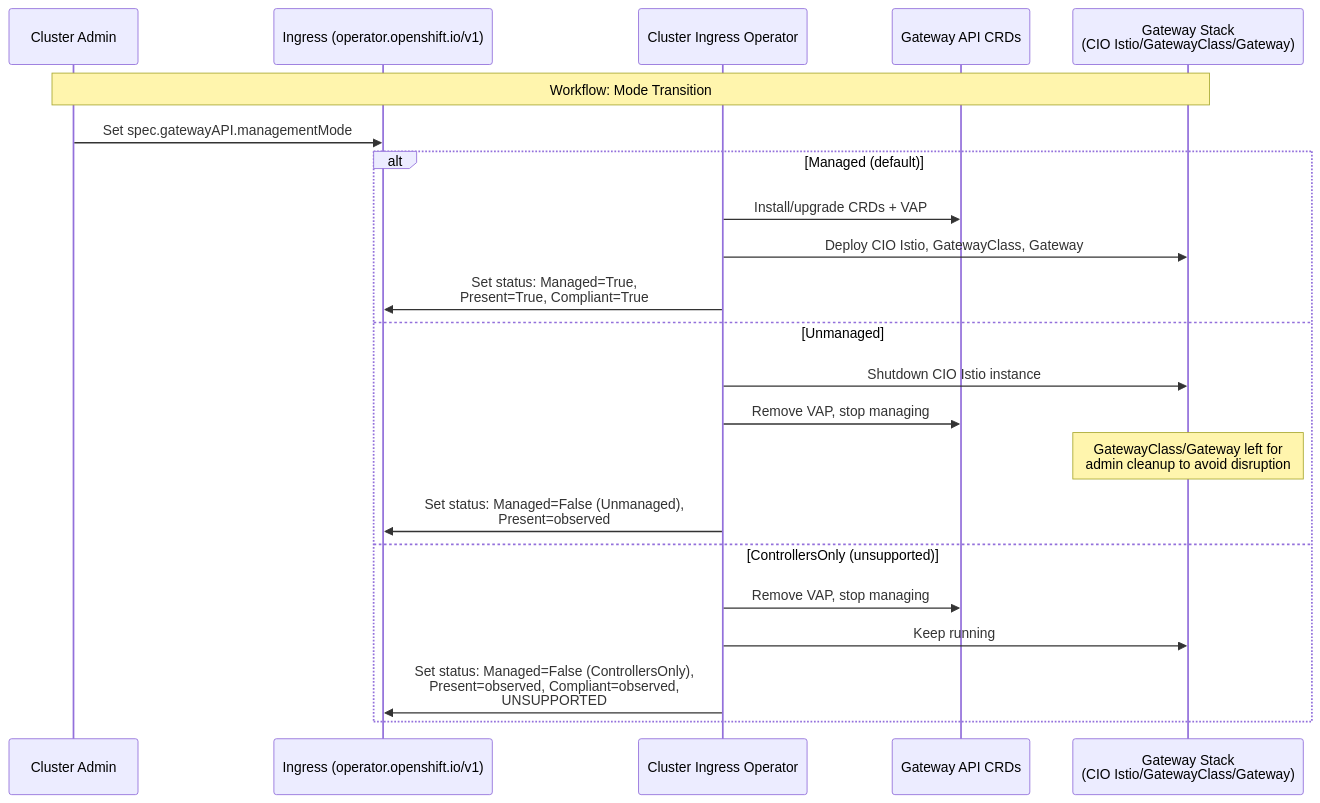
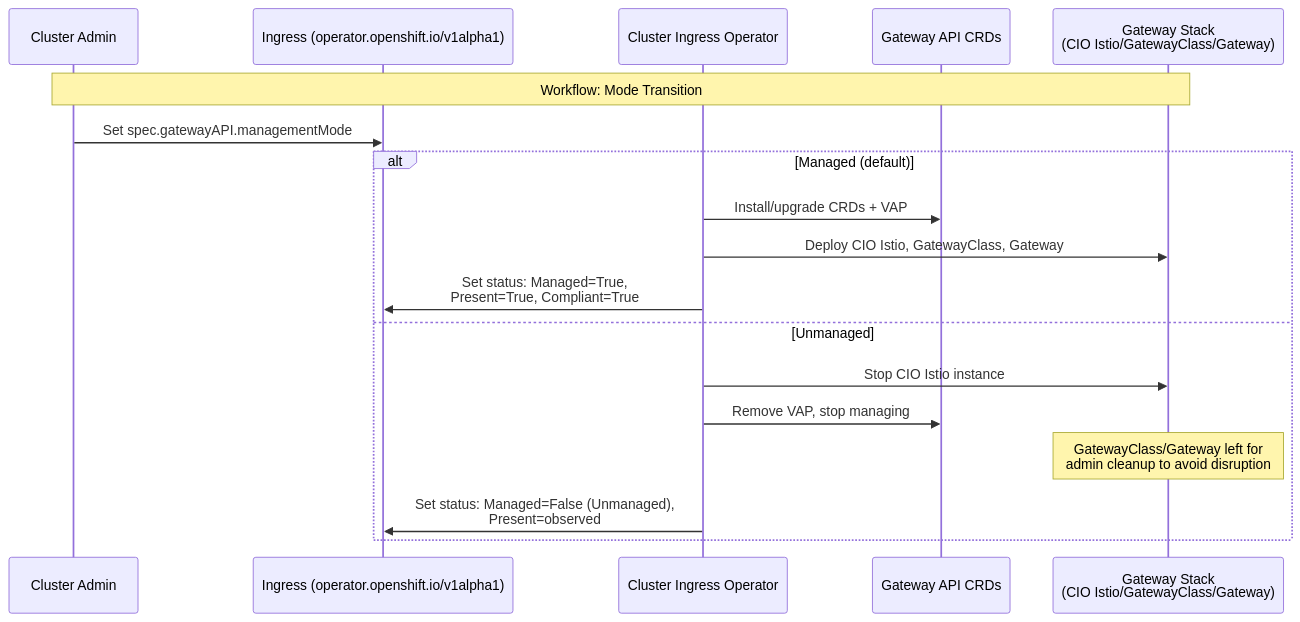
One commit to openshift/enhancements changed the diagram in enhancements/ingress/gateway-api-crd-management-mode.md. Above: the diagram before and after it, drawn with Mermaid. The commit also changed other lines of this file, not shown here.

````diff
--- a/enhancements/ingress/gateway-api-crd-management-mode.md
+++ b/enhancements/ingress/gateway-api-crd-management-mode.md
@@ -281,26 +243,22 @@
 ```mermaid
 sequenceDiagram
     participant Admin as Cluster Admin
-    participant IC as Ingress (operator.openshift.io/v1)
+    participant IC as Ingress (operator.openshift.io/v1alpha1)
     participant CIO as Cluster Ingress Operator
     participant CRDs as Gateway API CRDs
     participant GW as Gateway Stack<br/>(CIO Istio/GatewayClass/Gateway)
 
     Note over Admin,GW: Workflow: Mode Transition
     Admin->>IC: Set spec.gatewayAPI.managementMode
 
     alt Managed (default)
         CIO->>CRDs: Install/upgrade CRDs + VAP
         CIO->>GW: Deploy CIO Istio, GatewayClass, Gateway
         CIO->>IC: Set status: Managed=True,<br/>Present=True, Compliant=True
     else Unmanaged
-        CIO->>GW: Shutdown CIO Istio instance
+        CIO->>GW: Stop CIO Istio instance
         CIO->>CRDs: Remove VAP, stop managing
         Note over GW: GatewayClass/Gateway left for<br/>admin cleanup to avoid disruption
         CIO->>IC: Set status: Managed=False (Unmanaged),<br/>Present=observed
-    else ControllersOnly (unsupported)
-        CIO->>CRDs: Remove VAP, stop managing
-        CIO->>GW: Keep running
-        CIO->>IC: Set status: Managed=False (ControllersOnly),<br/>Present=observed, Compliant=observed,<br/>UNSUPPORTED
     end
 ```
````
